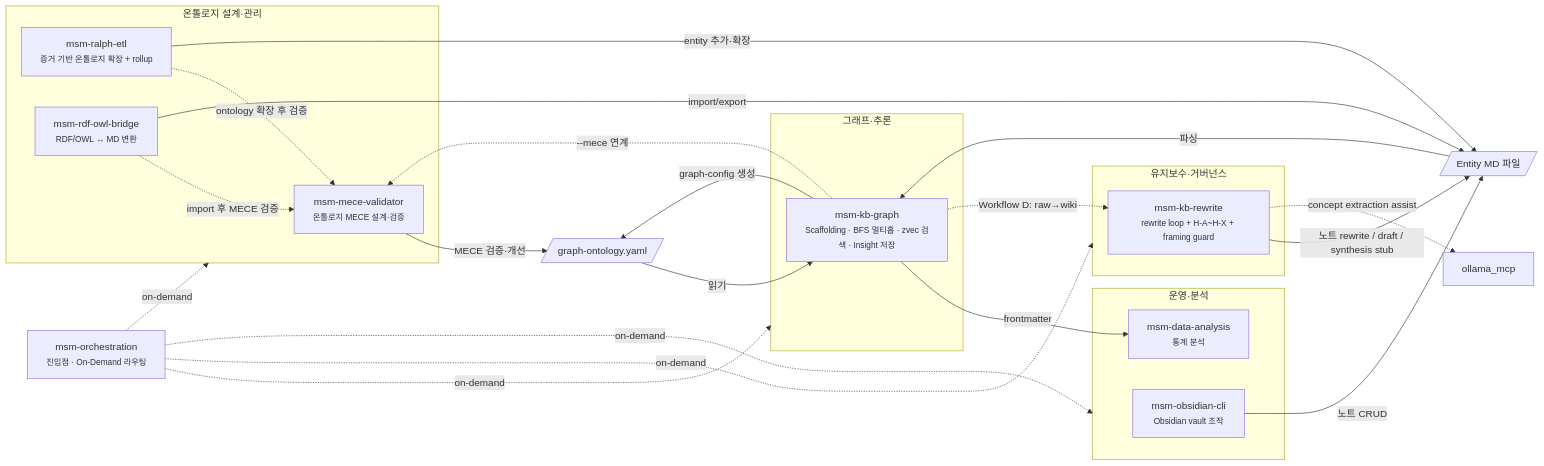
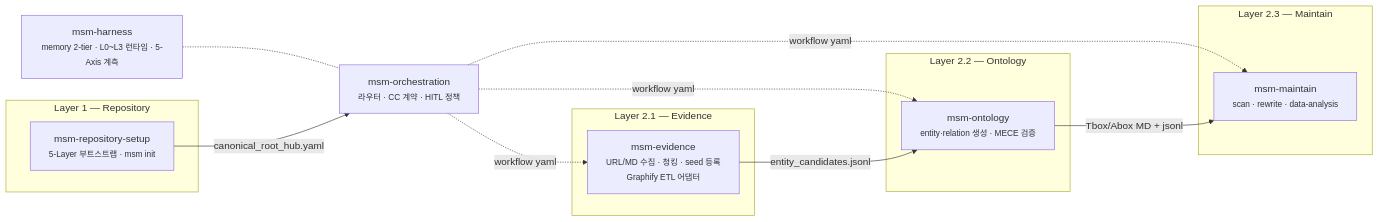
The diagram in README.md (WMJOON/markdown-scaffolding-multihop), drawn with Mermaid before and after one commit. The commit also changed other lines of this file and 1 other file, not shown here.

````diff
--- a/README.md
+++ b/README.md
@@ -93,42 +79,26 @@
 ```mermaid
 flowchart LR
-    ORCH["msm-orchestration<br/><small>진입점 · On-Demand 라우팅</small>"]
+    ORCH["msm-orchestration<br/><small>라우터 · CC 계약 · HITL 정책</small>"]
+    HRN["msm-harness<br/><small>memory 2-tier · L0~L3 런타임 · 5-Axis 계측</small>"]
 
-    subgraph 온톨로지["온톨로지 설계·관리"]
-        mece["msm-mece-validator<br/><small>온톨로지 MECE 설계·검증</small>"]
-        ralph["msm-ralph-etl<br/><small>증거 기반 온톨로지 확장 + rollup</small>"]
-        rdf["msm-rdf-owl-bridge<br/><small>RDF/OWL ↔ MD 변환</small>"]
+    subgraph evidence["Layer 2.1 — Evidence"]
+        ev["msm-evidence<br/><small>URL/MD 수집 · 청킹 · seed 등록<br/>Graphify ETL 어댑터</small>"]
     end
-    subgraph 그래프추론["그래프·추론"]
-        kbgraph["msm-kb-graph<br/><small>Scaffolding · BFS 멀티홉 · zvec 검색 · Insight 저장</small>"]
+    subgraph ontology["Layer 2.2 — Ontology"]
+        ont["msm-ontology<br/><small>entity·relation 생성 · MECE 검증</small>"]
     end
-    subgraph 유지보수["유지보수·거버넌스"]
-        kbrewrite["msm-kb-rewrite<br/><small>rewrite loop + H-A~H-X + framing guard</small>"]
+    subgraph maintain["Layer 2.3 — Maintain"]
+        mnt["msm-maintain<br/><small>scan · rewrite · data-analysis</small>"]
     end
-    subgraph 운영분석["운영·분석"]
-        obsidian["msm-obsidian-cli<br/><small>Obsidian vault 조작</small>"]
-        analysis["msm-data-analysis<br/><small>통계 분석</small>"]
+    subgraph setup["Layer 1 — Repository"]
+        rs["msm-repository-setup<br/><small>5-Layer 부트스트랩 · msm init</small>"]
     end
 
-    ORCH -.->|on-demand| 온톨로지
-    ORCH -.->|on-demand| 그래프추론
-    ORCH -.->|on-demand| 유지보수
-    ORCH -.->|on-demand| 운영분석
-
-    config[/"graph-ontology.yaml"/]
-    entities[/"Entity MD 파일"/]
-    kbgraph -- "graph-config 생성" --> config
-    kbgraph -. "--mece 연계" .-> mece
-    rdf -. "import 후 MECE 검증" .-> mece
-    ralph -. "ontology 확장 후 검증" .-> mece
-    mece -- "MECE 검증·개선" --> config
-    config -- "읽기" --> kbgraph
-    ralph -- "entity 추가·확장" --> entities
-    rdf -- "import/export" --> entities
-    obsidian -- "노트 CRUD" --> entities
-    entities -- "파싱" --> kbgraph
-    kbgraph -- "frontmatter" --> analysis
-    kbrewrite -- "노트 rewrite / draft / synthesis stub" --> entities
-    kbrewrite -. "concept extraction assist" .-> ollama["ollama_mcp"]
-    kbgraph -. "Workflow D: raw→wiki" .-> kbrewrite
+    ORCH -.->|workflow yaml| ev
+    ORCH -.->|workflow yaml| ont
+    ORCH -.->|workflow yaml| mnt
+    HRN -.- ORCH
+    ev -- "entity_candidates.jsonl" --> ont
+    ont -- "Tbox/Abox MD + jsonl" --> mnt
+    rs -- "canonical_root_hub.yaml" --> ORCH
 ```
````
